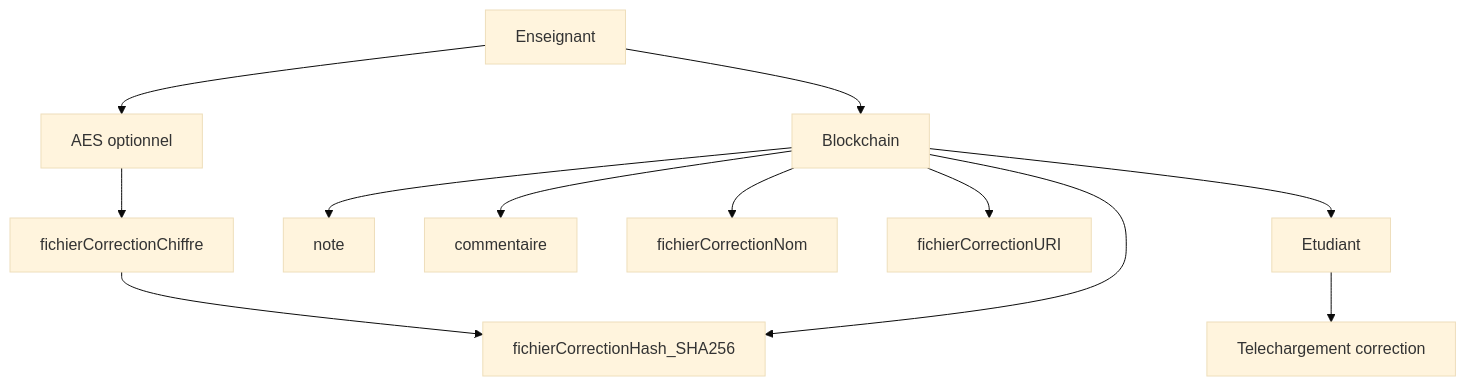
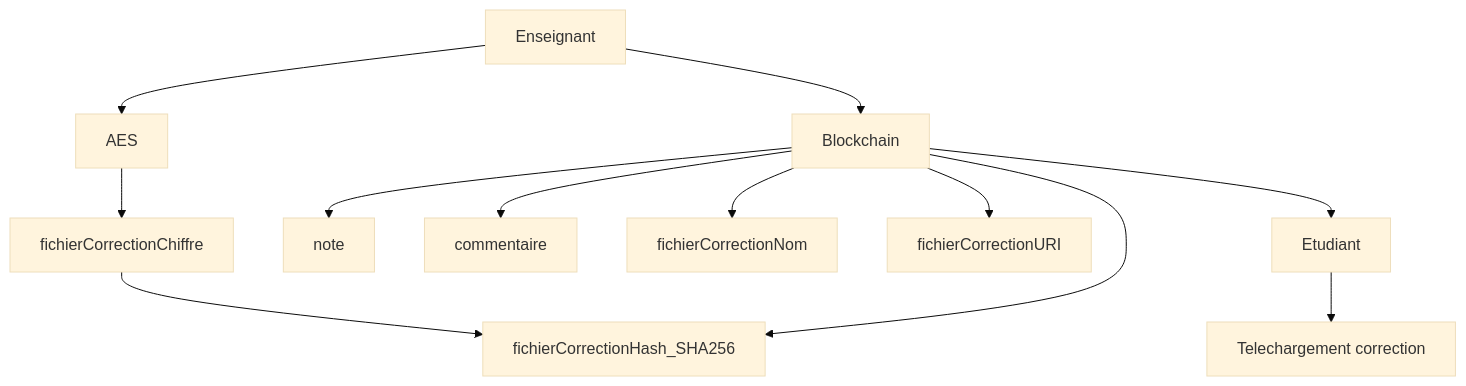
The second of 2 diagrams in README.md (itsmawna/projet-blockchain-controles), drawn with Mermaid (base theme) before and after one commit. The commit also changed other lines of this file, not shown here.

````diff
--- a/README.md
+++ b/README.md
@@ -367,21 +367,21 @@
 ```mermaid
 flowchart TD
     Enseignant[Enseignant]
 
-    Enseignant --> AEScorr[AES optionnel]
+    Enseignant --> AEScorr[AES]
     AEScorr --> fichierCorrectionChiffre[fichierCorrectionChiffre]
 
     fichierCorrectionChiffre --> hashCorrection[fichierCorrectionHash_SHA256]
 
     Enseignant --> Blockchain[Blockchain]
 
     Blockchain --> note[note]
     Blockchain --> commentaire[commentaire]
     Blockchain --> hashCorrection
     Blockchain --> fichierCorrectionNom[fichierCorrectionNom]
     Blockchain --> fichierCorrectionURI[fichierCorrectionURI]
 
     Blockchain --> Etudiant[Etudiant]
     Etudiant --> telechargement[Telechargement correction]
 
 ```
````
